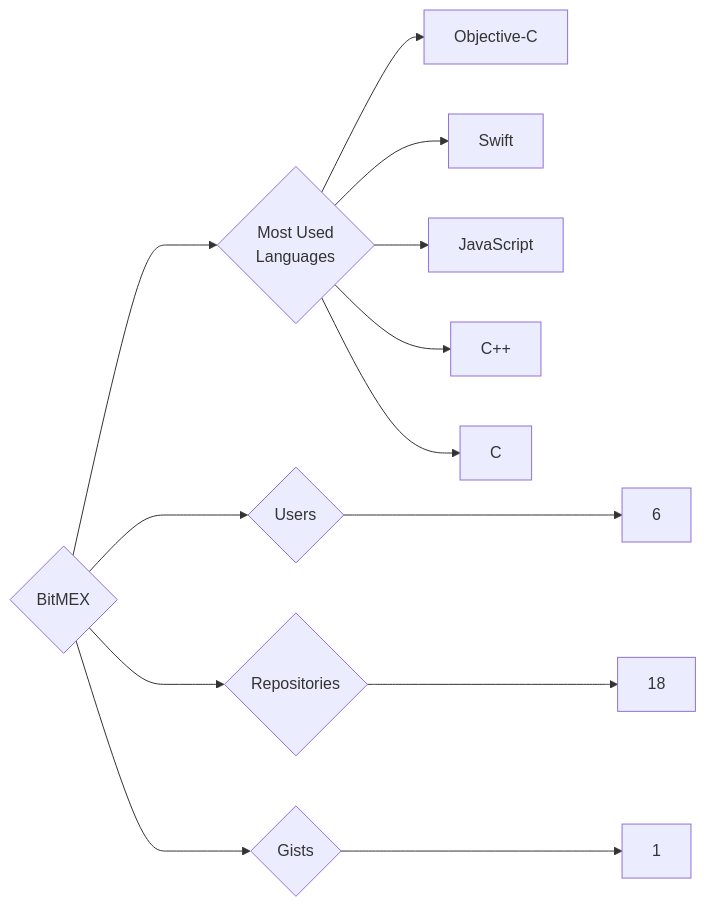
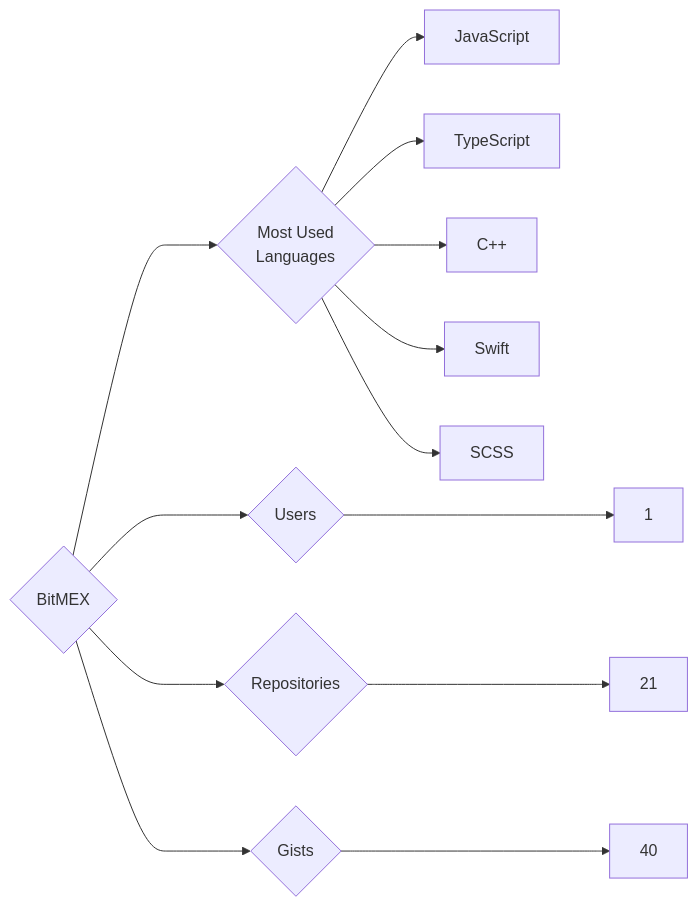
The diagram in targets/BitMEX/README.md (trickest/insiders), drawn with Mermaid before and after one commit. The commit also changed 888 other files, not shown here.

````diff
--- a/targets/BitMEX/README.md
+++ b/targets/BitMEX/README.md
@@ -3,13 +3,13 @@
 ```mermaid
 graph LR
 COMPANY_NAME{BitMEX}
-COMPANY_NAME ---> U{Users} ---> UN[6]
-COMPANY_NAME ---> R{Repositories} ---> RN[18]
-COMPANY_NAME ---> G{Gists} ---> GN[1]
+COMPANY_NAME ---> U{Users} ---> UN[1]
+COMPANY_NAME ---> R{Repositories} ---> RN[21]
+COMPANY_NAME ---> G{Gists} ---> GN[40]
 COMPANY_NAME ---> ML{Most Used<br>Languages}
-ML --> Objective-C[Objective-C]
+ML --> JavaScript[JavaScript]
+ML --> TypeScript[TypeScript]
+ML --> C++[C++]
 ML --> Swift[Swift]
-ML --> JavaScript[JavaScript]
-ML --> C++[C++]
-ML --> C[C]
+ML --> SCSS[SCSS]
 ```
````
